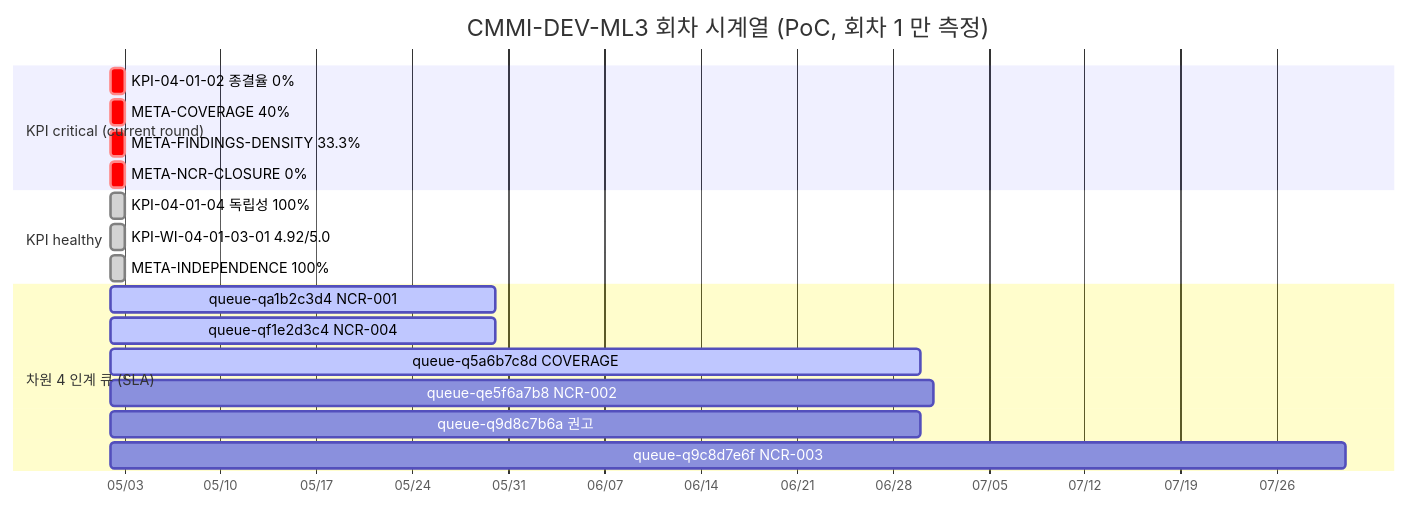
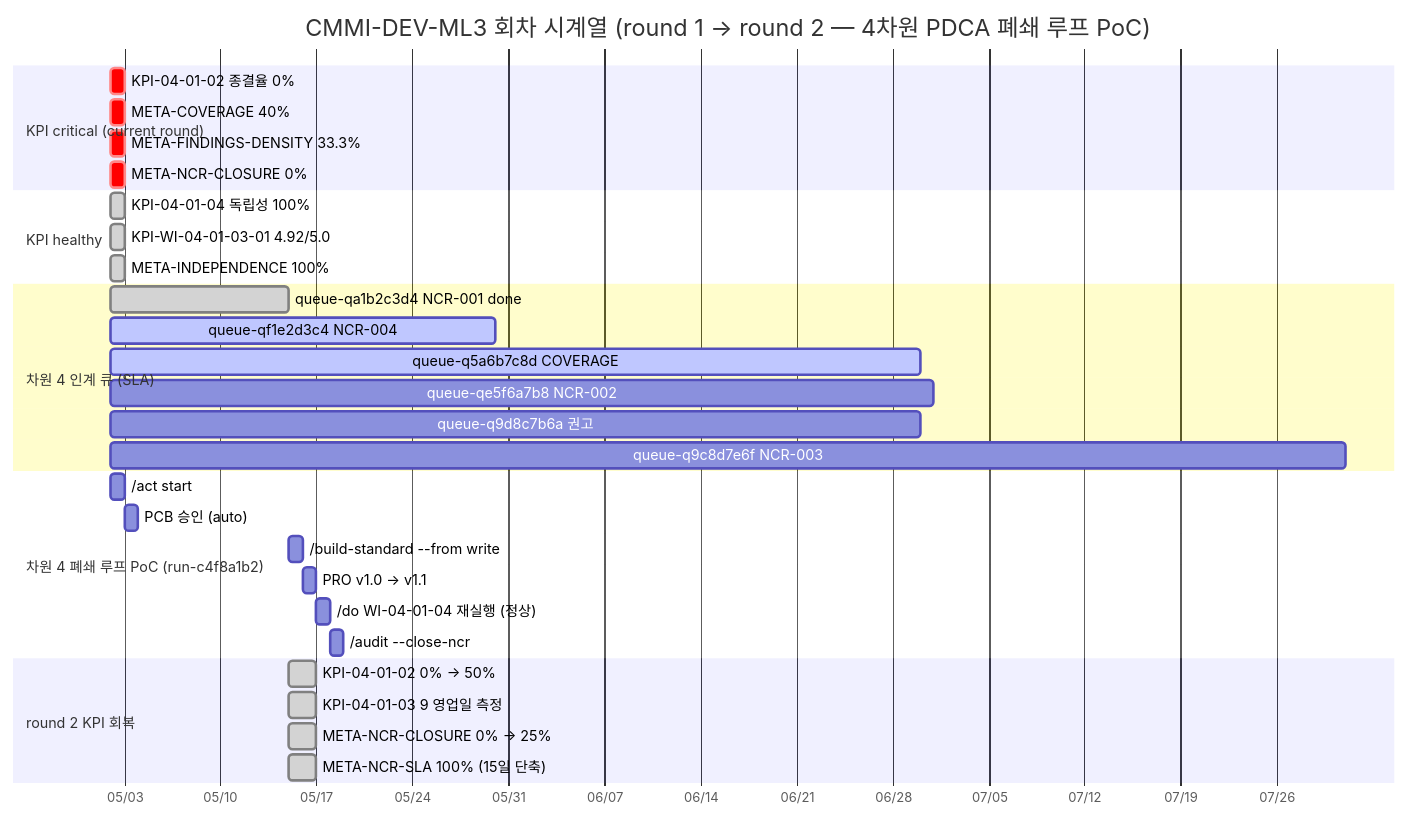
Before and after one commit to Processware-AI/processware: the diagram in vault/90_MAT_통합매핑/MAT-008_KPI_대시보드.md, drawn with Mermaid. The commit also changed other lines of this file and 15 other files, not shown here.

First line of the commit message:
feat(closed-loop): 폐쇄 루프 실증 PoC — PRO v1.1 + NCR close + KPI round 2 회복

````diff
--- a/vault/90_MAT_통합매핑/MAT-008_KPI_대시보드.md
+++ b/vault/90_MAT_통합매핑/MAT-008_KPI_대시보드.md
@@ -153,25 +185,39 @@
 ```mermaid
 gantt
-    title CMMI-DEV-ML3 회차 시계열 (PoC, 회차 1 만 측정)
+    title CMMI-DEV-ML3 회차 시계열 (round 1 → round 2 — 4차원 PDCA 폐쇄 루프 PoC)
     dateFormat  YYYY-MM-DD
     axisFormat %m/%d
 
     section KPI critical (current round)
     KPI-04-01-02 종결율 0%        :crit, k1, 2026-05-02, 1d
     META-COVERAGE 40%             :crit, k2, 2026-05-02, 1d
     META-FINDINGS-DENSITY 33.3%   :crit, k3, 2026-05-02, 1d
     META-NCR-CLOSURE 0%           :crit, k4, 2026-05-02, 1d
 
     section KPI healthy
     KPI-04-01-04 독립성 100%      :done, h1, 2026-05-02, 1d
     KPI-WI-04-01-03-01 4.92/5.0  :done, h2, 2026-05-02, 1d
     META-INDEPENDENCE 100%        :done, h3, 2026-05-02, 1d
 
     section 차원 4 인계 큐 (SLA)
-    queue-qa1b2c3d4 NCR-001       :active, q1, 2026-05-02, 28d
+    queue-qa1b2c3d4 NCR-001 done  :done, q1, 2026-05-02, 13d
     queue-qf1e2d3c4 NCR-004       :active, q2, 2026-05-02, 28d
     queue-q5a6b7c8d COVERAGE      :active, q3, 2026-05-02, 59d
     queue-qe5f6a7b8 NCR-002       :q4, 2026-05-02, 60d
     queue-q9d8c7b6a 권고          :q5, 2026-05-02, 59d
     queue-q9c8d7e6f NCR-003       :q6, 2026-05-02, 90d
+
+    section 차원 4 폐쇄 루프 PoC (run-c4f8a1b2)
+    /act start                     :a1, 2026-05-02, 1d
+    PCB 승인 (auto)                :a2, after a1, 1d
+    /build-standard --from write   :a3, 2026-05-15, 1d
+    PRO v1.0 → v1.1                :a4, after a3, 1d
+    /do WI-04-01-04 재실행 (정상)   :a5, after a4, 1d
+    /audit --close-ncr             :a6, after a5, 1d
+
+    section round 2 KPI 회복
+    KPI-04-01-02 0% → 50%         :done, r1, 2026-05-15, 2d
+    KPI-04-01-03 9 영업일 측정     :done, r2, 2026-05-15, 2d
+    META-NCR-CLOSURE 0% → 25%     :done, r3, 2026-05-15, 2d
+    META-NCR-SLA 100% (15일 단축)  :done, r4, 2026-05-15, 2d
 ```
````
